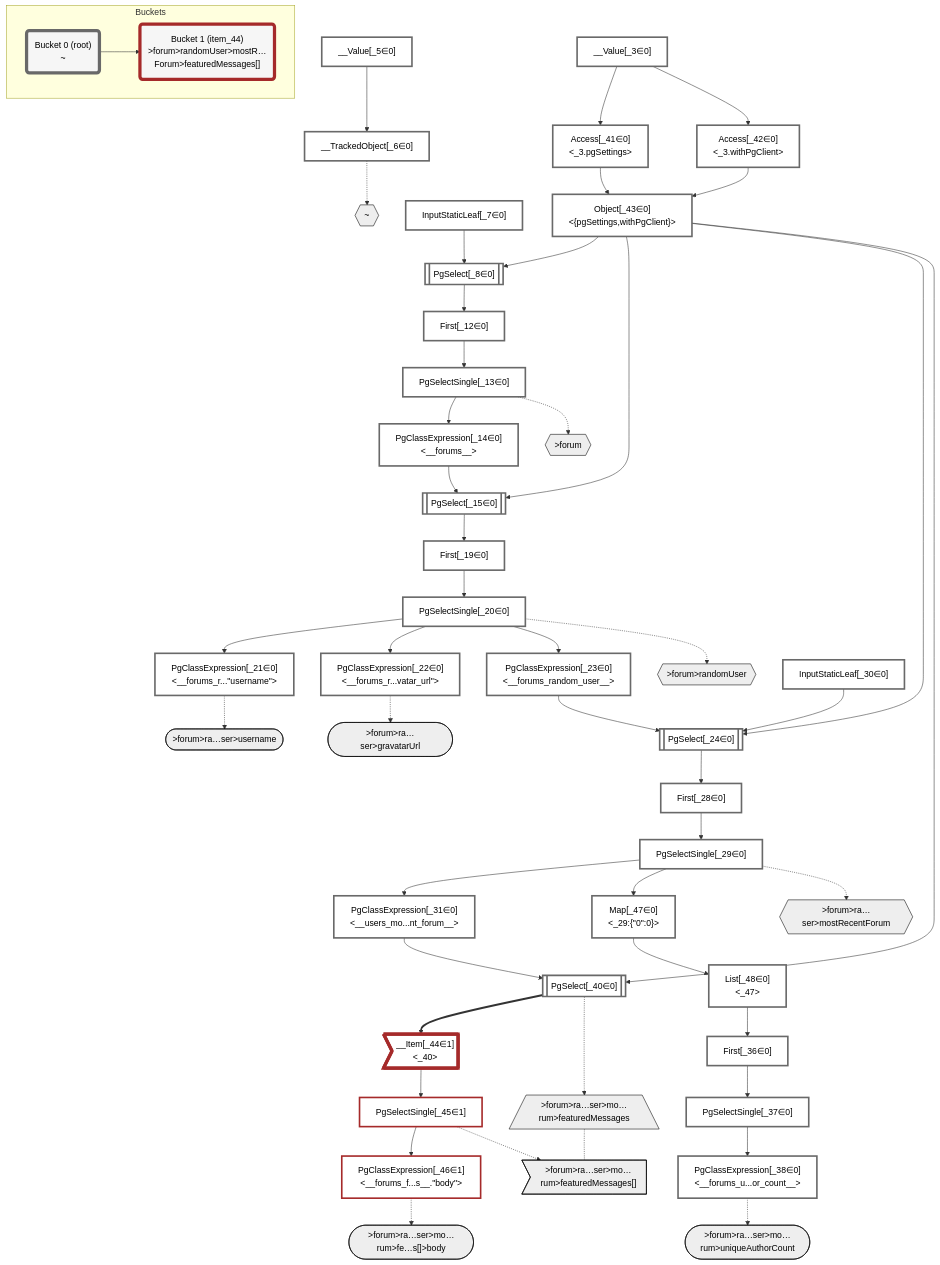
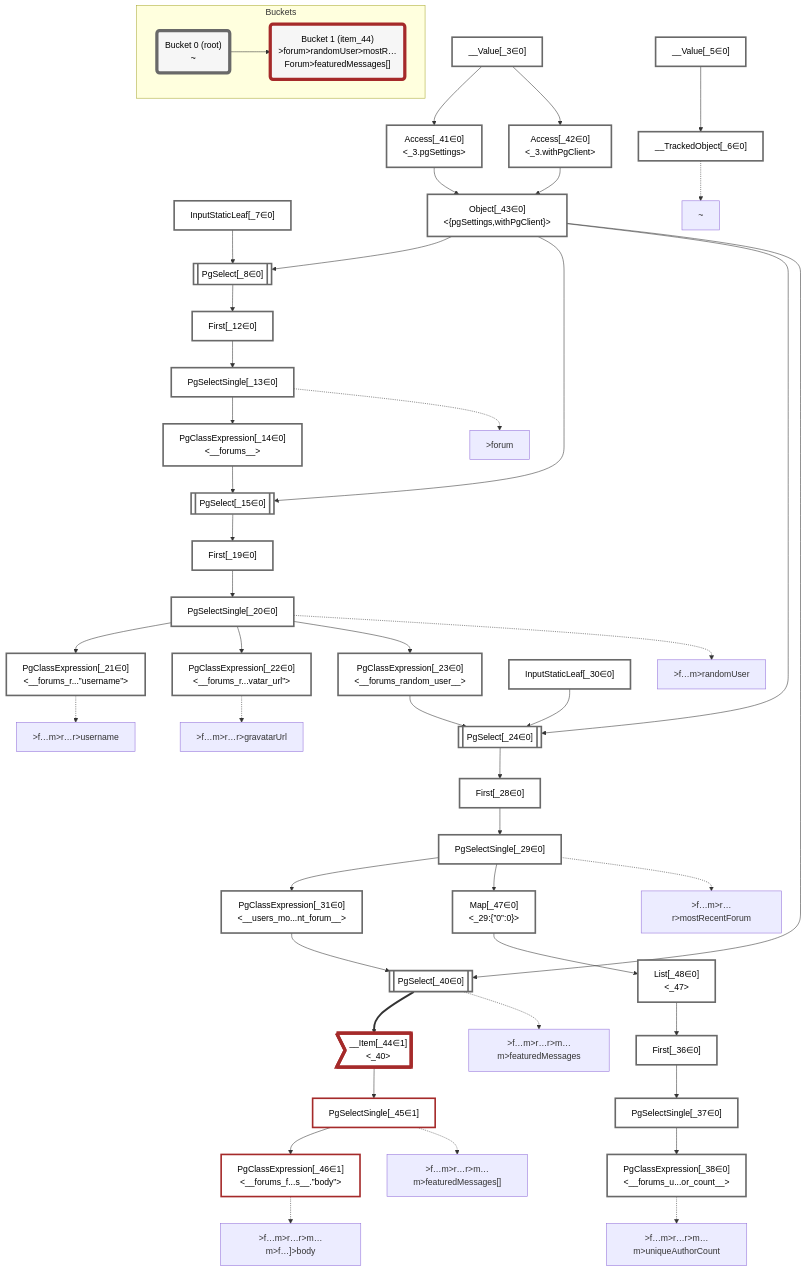
Before and after one commit to graphile/crystal: the diagram in packages/dataplan-pg/__tests__/queries/functions/computed-column-combined.deopt.mermaid.md, drawn with Mermaid. The commit also changed 195 other files, not shown here.

```diff
--- a/packages/dataplan-pg/__tests__/queries/functions/computed-column-combined.deopt.mermaid.md
+++ b/packages/dataplan-pg/__tests__/queries/functions/computed-column-combined.deopt.mermaid.md
@@ -6,27 +6,6 @@
     classDef sideeffectplan fill:#f00,stroke-width:6px,color:#000
     classDef bucket fill:#f6f6f6,color:#000,stroke-width:6px
 
-    %% subgraph fields
-    P1{{"~"}}:::path
-    P2{{">forum"}}:::path
-    P3{{">forum>randomUser"}}:::path
-    P4([">forum>ra…ser>username"]):::path
-    %% P3 -.-> P4
-    P5([">forum>ra…ser>gravatarUrl"]):::path
-    %% P3 -.-> P5
-    P6{{">forum>ra…ser>mostRecentForum"}}:::path
-    P7([">forum>ra…ser>mo…rum>uniqueAuthorCount"]):::path
-    %% P6 -.-> P7
-    P8[/">forum>ra…ser>mo…rum>featuredMessages"\]:::path
-    P9>">forum>ra…ser>mo…rum>featuredMessages[]"]:::path
-    P8 -.- P9
-    P10([">forum>ra…ser>mo…rum>fe…s[]>body"]):::path
-    %% P9 -.-> P10
-    %% P6 -.-> P8
-    %% P3 -.-> P6
-    %% P2 -.-> P3
-    %% P1 -.-> P2
-    %% end
 
     %% define plans
     __Value_3["__Value[_3∈0]<br /><context>"]:::plan
@@ -40,8 +19,8 @@
     PgSelect_15[["PgSelect[_15∈0]<br /><forums_random_user>"]]:::plan
     First_19["First[_19∈0]"]:::plan
     PgSelectSingle_20["PgSelectSingle[_20∈0]<br /><users>"]:::plan
-    PgClassExpression_21["PgClassExpression[_21∈0]<br /><__forums_r...#quot;username#quot;>"]:::plan
-    PgClassExpression_22["PgClassExpression[_22∈0]<br /><__forums_r...vatar_url#quot;>"]:::plan
+    PgClassExpression_21["PgClassExpression[_21∈0]<br /><__forums_r...”username”>"]:::plan
+    PgClassExpression_22["PgClassExpression[_22∈0]<br /><__forums_r...vatar_url”>"]:::plan
     PgClassExpression_23["PgClassExpression[_23∈0]<br /><__forums_random_user__>"]:::plan
     PgSelect_24[["PgSelect[_24∈0]<br /><users_most_recent_forum>"]]:::plan
     First_28["First[_28∈0]"]:::plan
@@ -57,8 +36,8 @@
     Object_43["Object[_43∈0]<br /><{pgSettings,withPgClient}>"]:::plan
     __Item_44>"__Item[_44∈1]<br /><_40>"]:::itemplan
     PgSelectSingle_45["PgSelectSingle[_45∈1]<br /><forums_featured_messages>"]:::plan
-    PgClassExpression_46["PgClassExpression[_46∈1]<br /><__forums_f...s__.#quot;body#quot;>"]:::plan
-    Map_47["Map[_47∈0]<br /><_29:{#quot;0#quot;:0}>"]:::plan
+    PgClassExpression_46["PgClassExpression[_46∈1]<br /><__forums_f...s__.”body”>"]:::plan
+    Map_47["Map[_47∈0]<br /><_29:{”0”:0}>"]:::plan
     List_48["List[_48∈0]<br /><_47>"]:::plan
 
     %% plan dependencies
@@ -97,15 +76,25 @@
     Map_47 --> List_48
 
     %% plan-to-path relationships
+    P1["~"]
     __TrackedObject_6 -.-> P1
+    P2[">forum"]
     PgSelectSingle_13 -.-> P2
+    P3[">f…m>randomUser"]
     PgSelectSingle_20 -.-> P3
+    P4[">f…m>r…r>username"]
     PgClassExpression_21 -.-> P4
+    P5[">f…m>r…r>gravatarUrl"]
     PgClassExpression_22 -.-> P5
+    P6[">f…m>r…r>mostRecentForum"]
     PgSelectSingle_29 -.-> P6
+    P7[">f…m>r…r>m…m>uniqueAuthorCount"]
     PgClassExpression_38 -.-> P7
+    P8[">f…m>r…r>m…m>featuredMessages"]
     PgSelect_40 -.-> P8
+    P9[">f…m>r…r>m…m>featuredMessages[]"]
     PgSelectSingle_45 -.-> P9
+    P10[">f…m>r…r>m…m>f…]>body"]
     PgClassExpression_46 -.-> P10
 
     %% allocate buckets
```
